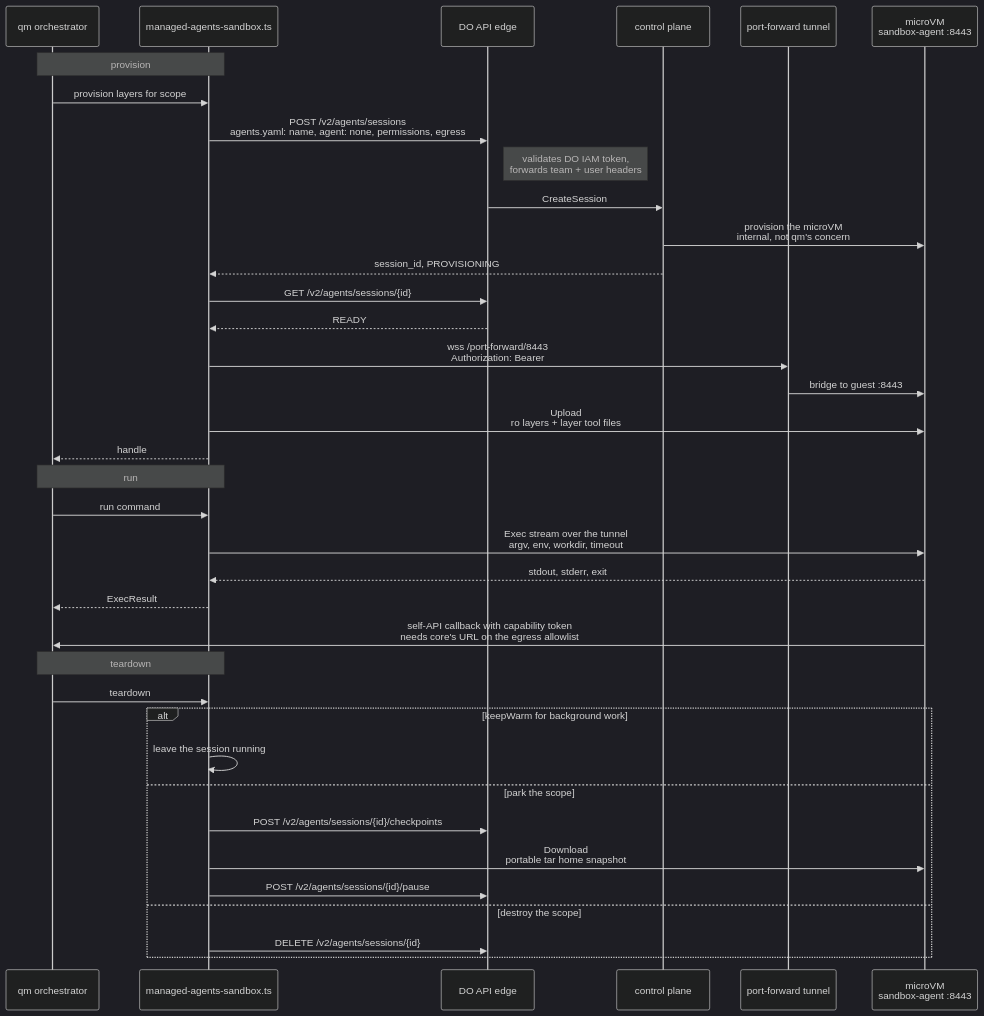
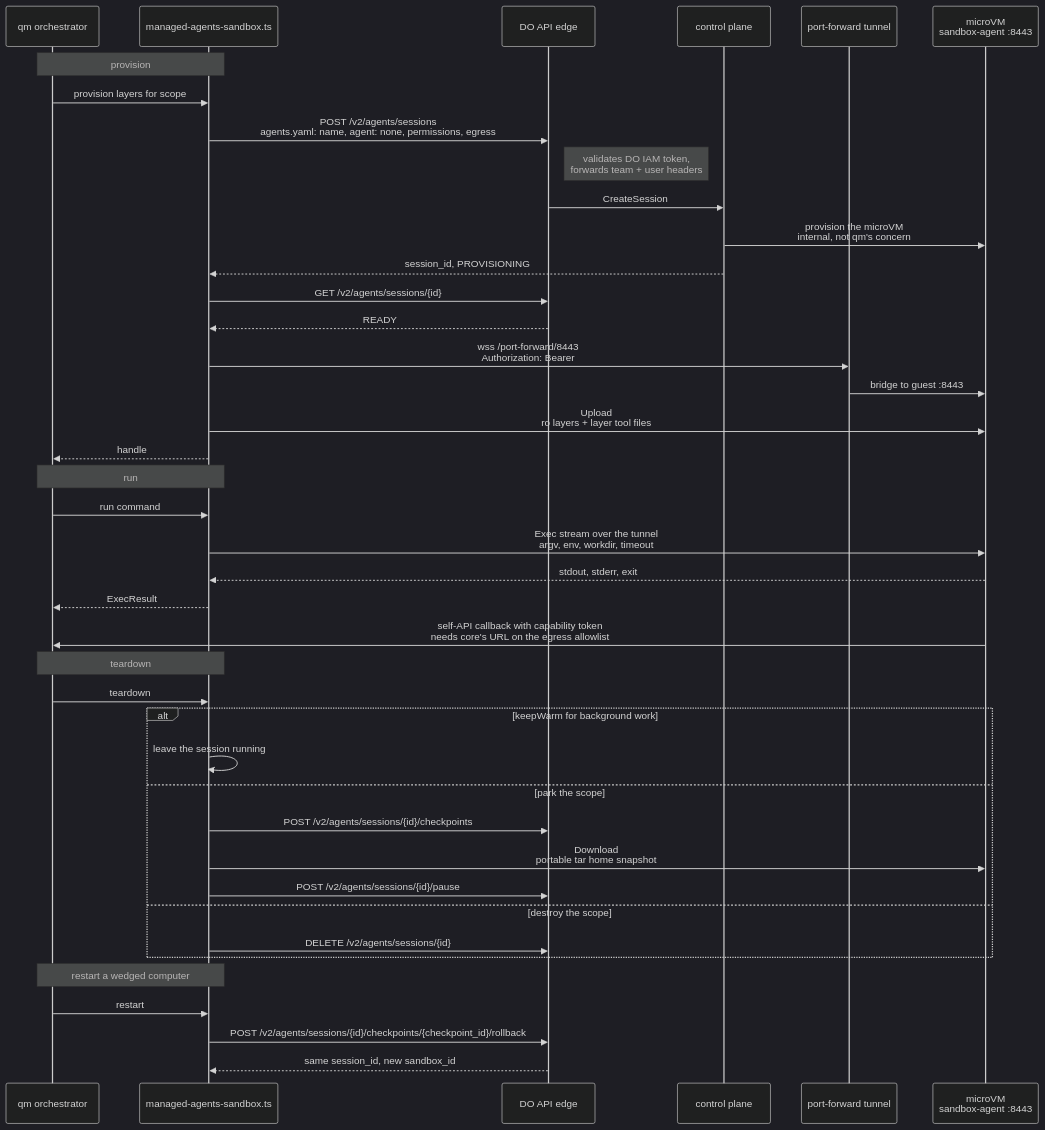
The second of 2 diagrams in adrs/managed-agents-sandbox-backend.md (yc-software/qm), drawn with Mermaid (dark theme) before and after one commit. The commit also changed other lines of this file and 7 other files, not shown here.

First line of the commit message:
Roll a wedged Managed Agents computer back to its last checkpoint.

````diff
--- a/adrs/managed-agents-sandbox-backend.md
+++ b/adrs/managed-agents-sandbox-backend.md
@@ -27,42 +27,47 @@
 ```mermaid
 sequenceDiagram
   participant O as qm orchestrator
   participant B as managed-agents-sandbox.ts
   participant E as DO API edge
   participant H as control plane
   participant T as port-forward tunnel
   participant V as microVM<br/>sandbox-agent :8443
 
   Note over O,B: provision
   O->>B: provision layers for scope
   B->>E: POST /v2/agents/sessions<br/>agents.yaml: name, agent: none, permissions, egress
   Note right of E: validates DO IAM token,<br/>forwards team + user headers
   E->>H: CreateSession
   H->>V: provision the microVM<br/>internal, not qm's concern
   H-->>B: session_id, PROVISIONING
   B->>E: GET /v2/agents/sessions/{id}
   E-->>B: READY
   B->>T: wss /port-forward/8443<br/>Authorization: Bearer
   T->>V: bridge to guest :8443
   B->>V: Upload<br/>ro layers + layer tool files
   B-->>O: handle
 
   Note over O,B: run
   O->>B: run command
   B->>V: Exec stream over the tunnel<br/>argv, env, workdir, timeout
   V-->>B: stdout, stderr, exit
   B-->>O: ExecResult
   V->>O: self-API callback with capability token<br/>needs core's URL on the egress allowlist
 
   Note over O,B: teardown
   O->>B: teardown
   alt keepWarm for background work
     B->>B: leave the session running
   else park the scope
     B->>E: POST /v2/agents/sessions/{id}/checkpoints
     B->>V: Download<br/>portable tar home snapshot
     B->>E: POST /v2/agents/sessions/{id}/pause
   else destroy the scope
     B->>E: DELETE /v2/agents/sessions/{id}
   end
+
+  Note over O,B: restart a wedged computer
+  O->>B: restart
+  B->>E: POST /v2/agents/sessions/{id}/checkpoints/{checkpoint_id}/rollback
+  E-->>B: same session_id, new sandbox_id
 ```
````
